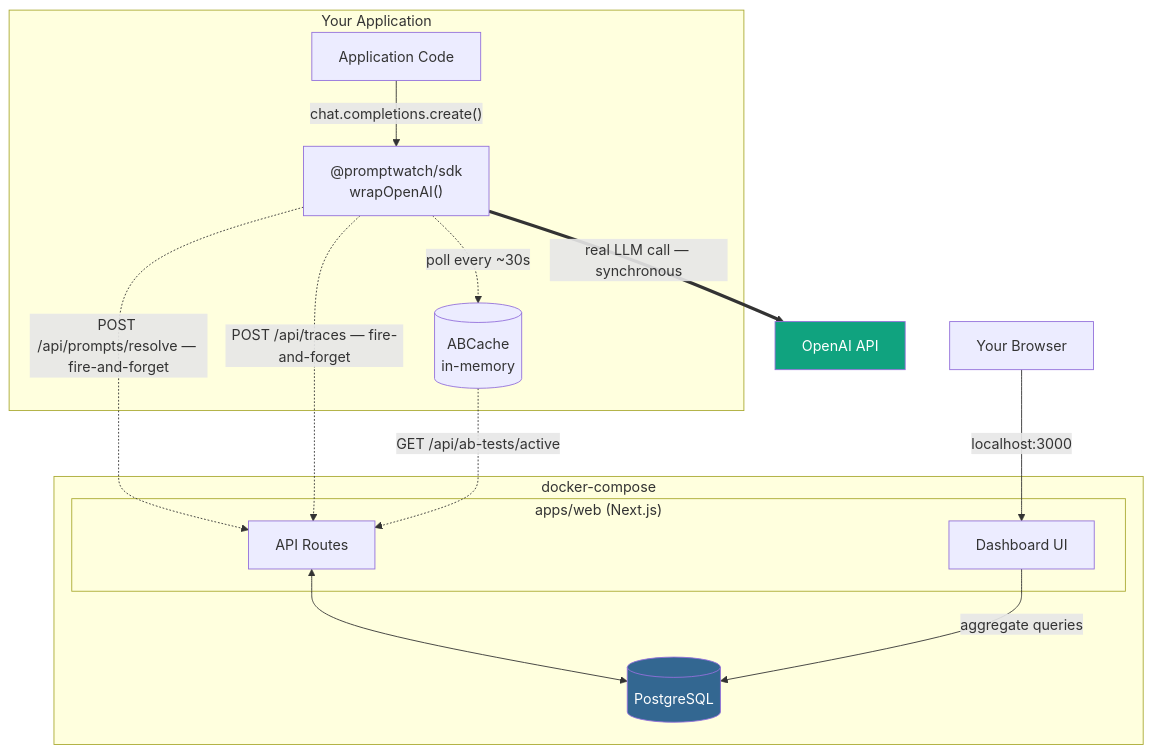
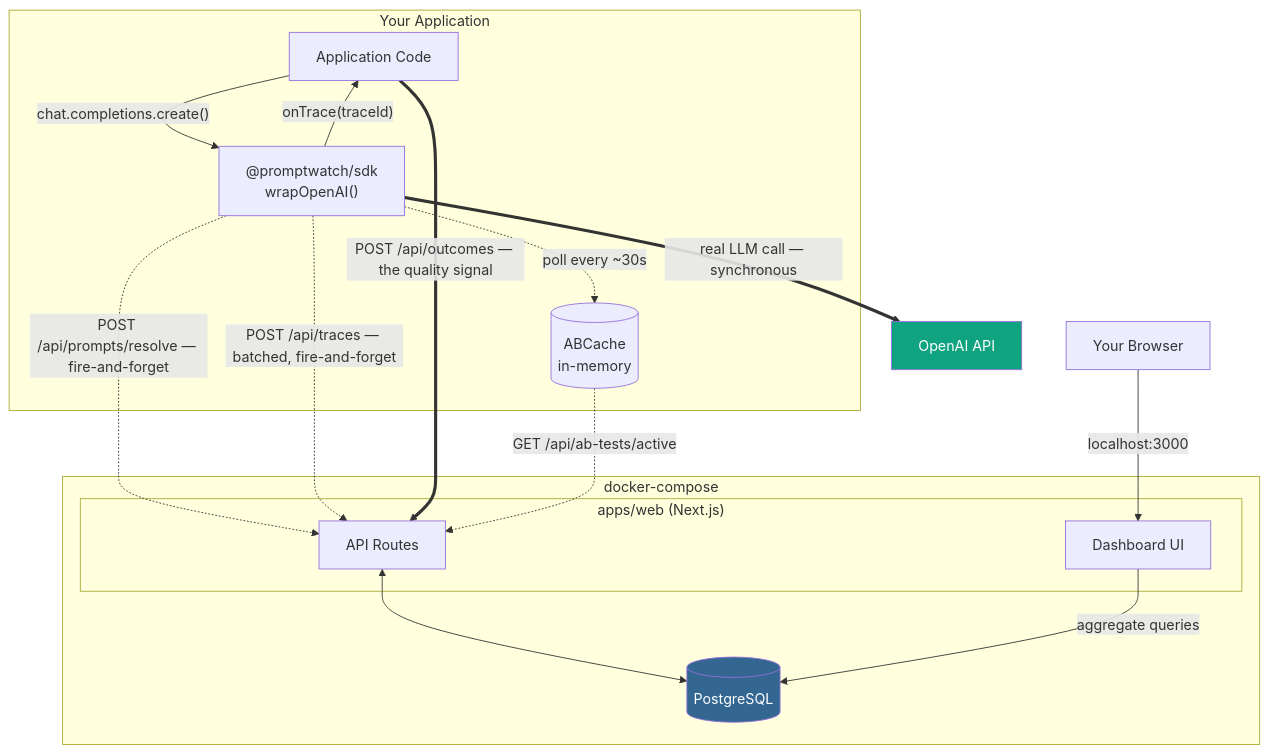
One commit to sekerderya/prompt-watch changed the second of 2 diagrams in README.md. Above: the diagram before and after it, drawn with Mermaid. The commit also changed other lines of this file, not shown here.

````diff
--- a/README.md
+++ b/README.md
@@ -124,32 +180,34 @@
 ```mermaid
 flowchart TB
     subgraph Consumer["Your Application"]
         App[Application Code]
         SDK["@promptwatch/sdk<br/>wrapOpenAI()"]
         Cache[("ABCache<br/>in-memory")]
         App -->|"chat.completions.create()"| SDK
         SDK -.->|"poll every ~30s"| Cache
     end
 
     subgraph Docker["docker-compose"]
         subgraph Web["apps/web (Next.js)"]
             API[API Routes]
             Dash[Dashboard UI]
         end
         PG[("PostgreSQL")]
         API <--> PG
         Dash -->|"aggregate queries"| PG
     end
 
     OpenAI["OpenAI API"]
     Browser["Your Browser"]
 
     SDK ==>|"real LLM call — synchronous"| OpenAI
     SDK -.->|"POST /api/prompts/resolve — fire-and-forget"| API
-    SDK -.->|"POST /api/traces — fire-and-forget"| API
+    SDK -.->|"POST /api/traces — batched, fire-and-forget"| API
+    SDK -->|"onTrace(traceId)"| App
+    App ==>|"POST /api/outcomes — the quality signal"| API
     Cache -.->|"GET /api/ab-tests/active"| API
     Browser -->|"localhost:3000"| Dash
 
     style OpenAI fill:#10a37f,color:#fff
     style PG fill:#336791,color:#fff
 ```
````
